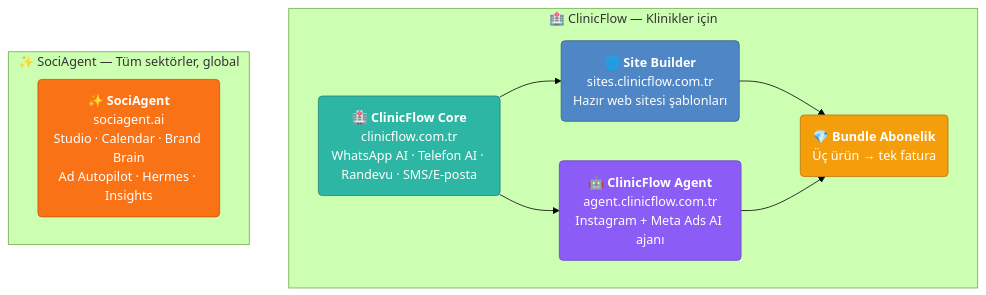
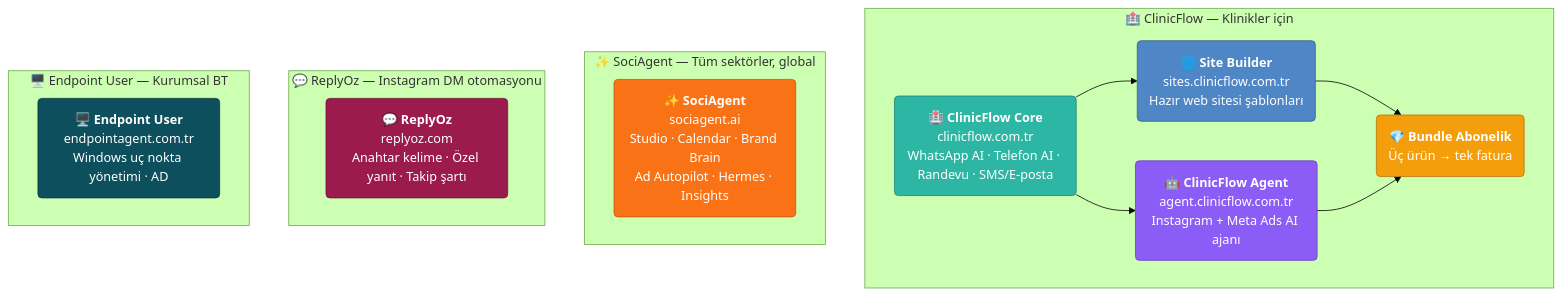
One commit to kdiraydn/kdiraydn changed the third of 3 diagrams in readme.md. Above: the diagram before and after it, drawn with Mermaid (forest theme). The commit also changed other lines of this file, not shown here.

Commit message:
Update README to include ReplyOz and Endpoint User

````diff
--- a/readme.md
+++ b/readme.md
@@ -154,28 +229,40 @@
 ```mermaid
 flowchart TD
     subgraph CF ["🏥 ClinicFlow — Klinikler için"]
         Core("🏥 <b>ClinicFlow Core</b><br/>clinicflow.com.tr<br/>WhatsApp AI · Telefon AI · Randevu · SMS/E-posta")
         Sites("🌐 <b>Site Builder</b><br/>sites.clinicflow.com.tr<br/>Hazır web sitesi şablonları")
         Agent("🤖 <b>ClinicFlow Agent</b><br/>agent.clinicflow.com.tr<br/>Instagram + Meta Ads AI ajanı")
         Bundle("💎 <b>Bundle Abonelik</b><br/>Üç ürün → tek fatura")
         Core --> Sites
         Core --> Agent
         Sites --> Bundle
         Agent --> Bundle
     end
 
     subgraph SA ["✨ SociAgent — Tüm sektörler, global"]
         Soci("✨ <b>SociAgent</b><br/>sociagent.ai<br/>Studio · Calendar · Brand Brain<br/>Ad Autopilot · Hermes · Insights")
     end
 
+    subgraph RO ["💬 ReplyOz — Instagram DM otomasyonu"]
+        Reply("💬 <b>ReplyOz</b><br/>replyoz.com<br/>Anahtar kelime · Özel yanıt · Takip şartı")
+    end
+
+    subgraph EU ["🖥️ Endpoint User — Kurumsal BT"]
+        Endpoint("🖥️ <b>Endpoint User</b><br/>endpointagent.com.tr<br/>Windows uç nokta yönetimi · AD")
+    end
+
     classDef core fill:#2DB6A3,stroke:#1f8378,color:#ffffff;
     classDef sites fill:#4F86C6,stroke:#37618f,color:#ffffff;
     classDef agent fill:#8B5CF6,stroke:#6d3fc0,color:#ffffff;
     classDef bundle fill:#F59E0B,stroke:#b87708,color:#ffffff;
     classDef soci fill:#F97316,stroke:#c2570c,color:#ffffff;
+    classDef reply fill:#9B1B4F,stroke:#6e1236,color:#ffffff;
+    classDef endpoint fill:#0D4F5C,stroke:#093640,color:#ffffff;
     class Core core;
     class Sites sites;
     class Agent agent;
     class Bundle bundle;
     class Soci soci;
+    class Reply reply;
+    class Endpoint endpoint;
 ```
````
